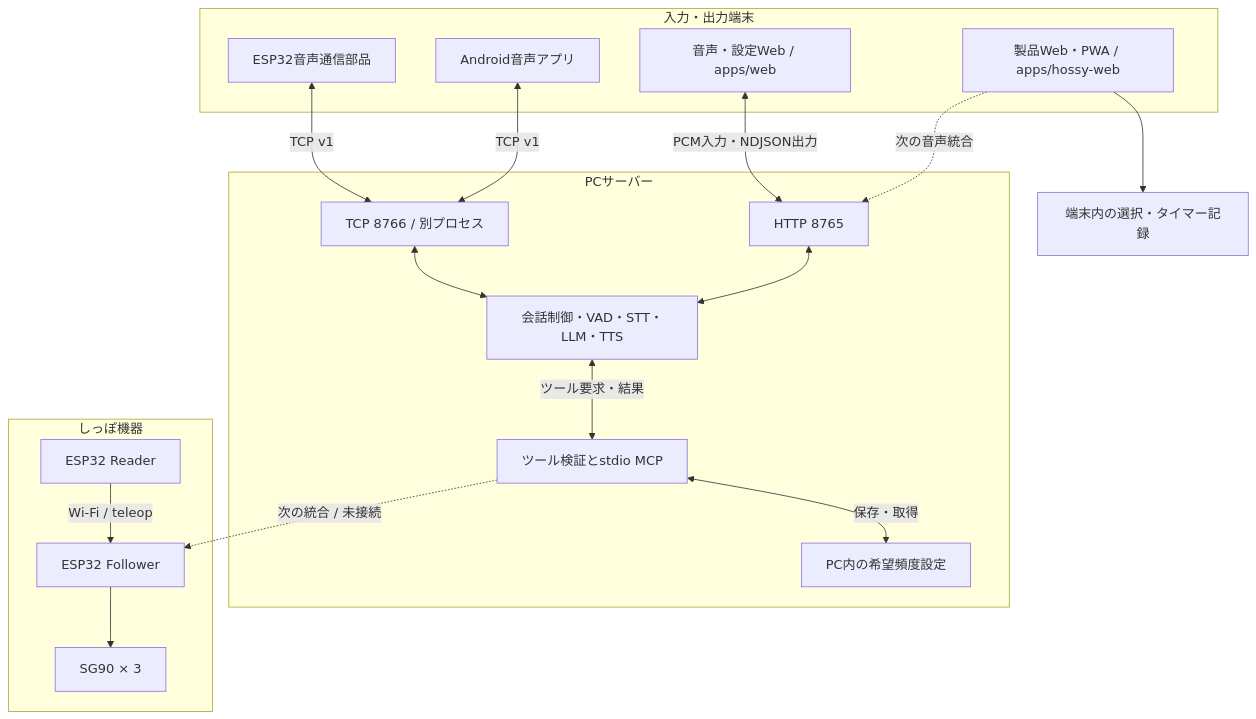
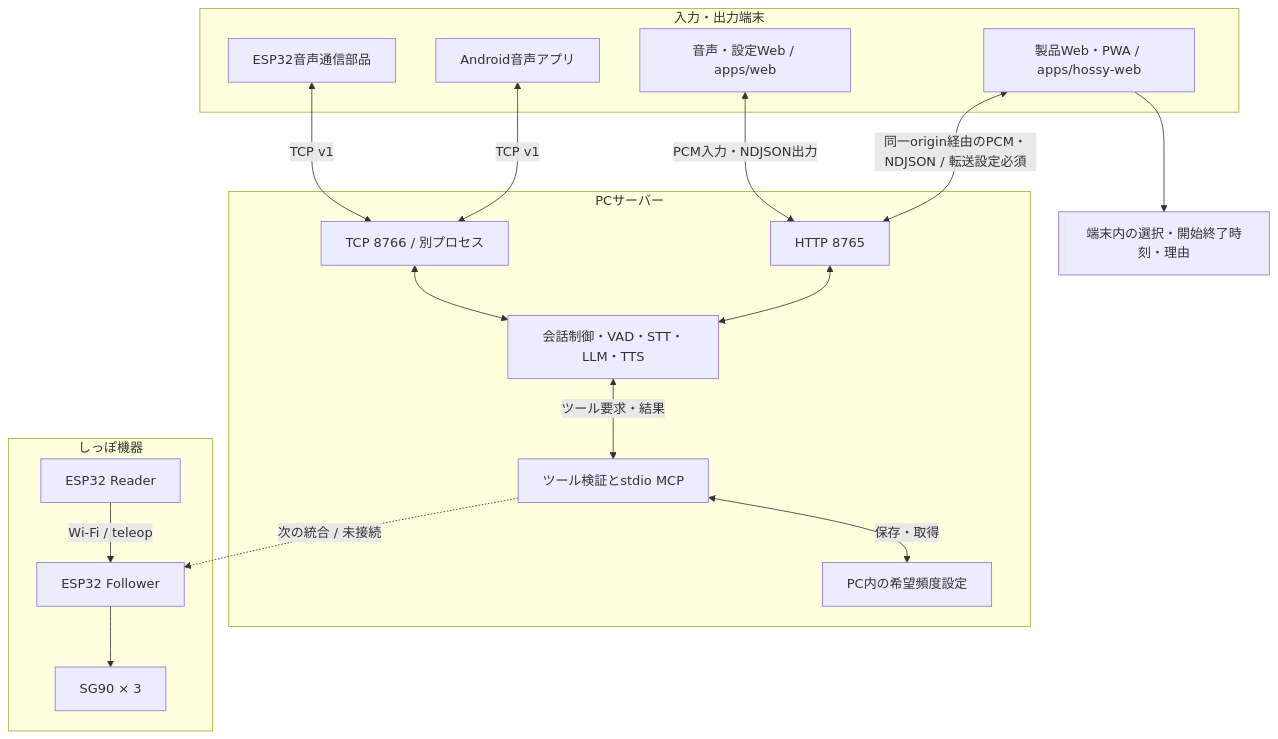
One commit to jphacks/kz_2614 changed the first of 7 diagrams in docs/architecture.md. Above: the diagram before and after it, drawn with Mermaid. The commit also changed other lines of this file and 30 other files, not shown here.

````diff
--- a/docs/architecture.md
+++ b/docs/architecture.md
@@ -15,32 +15,32 @@
 ```mermaid
 flowchart TB
     subgraph Clients[入力・出力端末]
         Web[音声・設定Web / apps/web]
         Product[製品Web・PWA / apps/hossy-web]
         Android[Android音声アプリ]
         VoiceESP[ESP32音声通信部品]
     end
     subgraph PC[PCサーバー]
         HTTP[HTTP 8765]
         TCP[TCP 8766 / 別プロセス]
         Pipeline[会話制御・VAD・STT・LLM・TTS]
         MCP[ツール検証とstdio MCP]
         Config[PC内の希望頻度設定]
     end
     subgraph Tail[しっぽ機器]
         Reader[ESP32 Reader]
         Follower[ESP32 Follower]
         Servo[SG90 × 3]
     end
-    Product --> BrowserData[端末内の選択・タイマー記録]
-    Product -.->|次の音声統合| HTTP
+    Product --> BrowserData[端末内の選択・開始終了時刻・理由]
+    Product <-->|同一origin経由のPCM・NDJSON / 転送設定必須| HTTP
     Web <-->|PCM入力・NDJSON出力| HTTP
     Android <-->|TCP v1| TCP
     VoiceESP <-->|TCP v1| TCP
     HTTP <--> Pipeline
     TCP <--> Pipeline
     Pipeline <-->|ツール要求・結果| MCP
     MCP <-->|保存・取得| Config
     MCP -.->|次の統合 / 未接続| Follower
     Reader -->|Wi-Fi / teleop| Follower --> Servo
 ```
````
